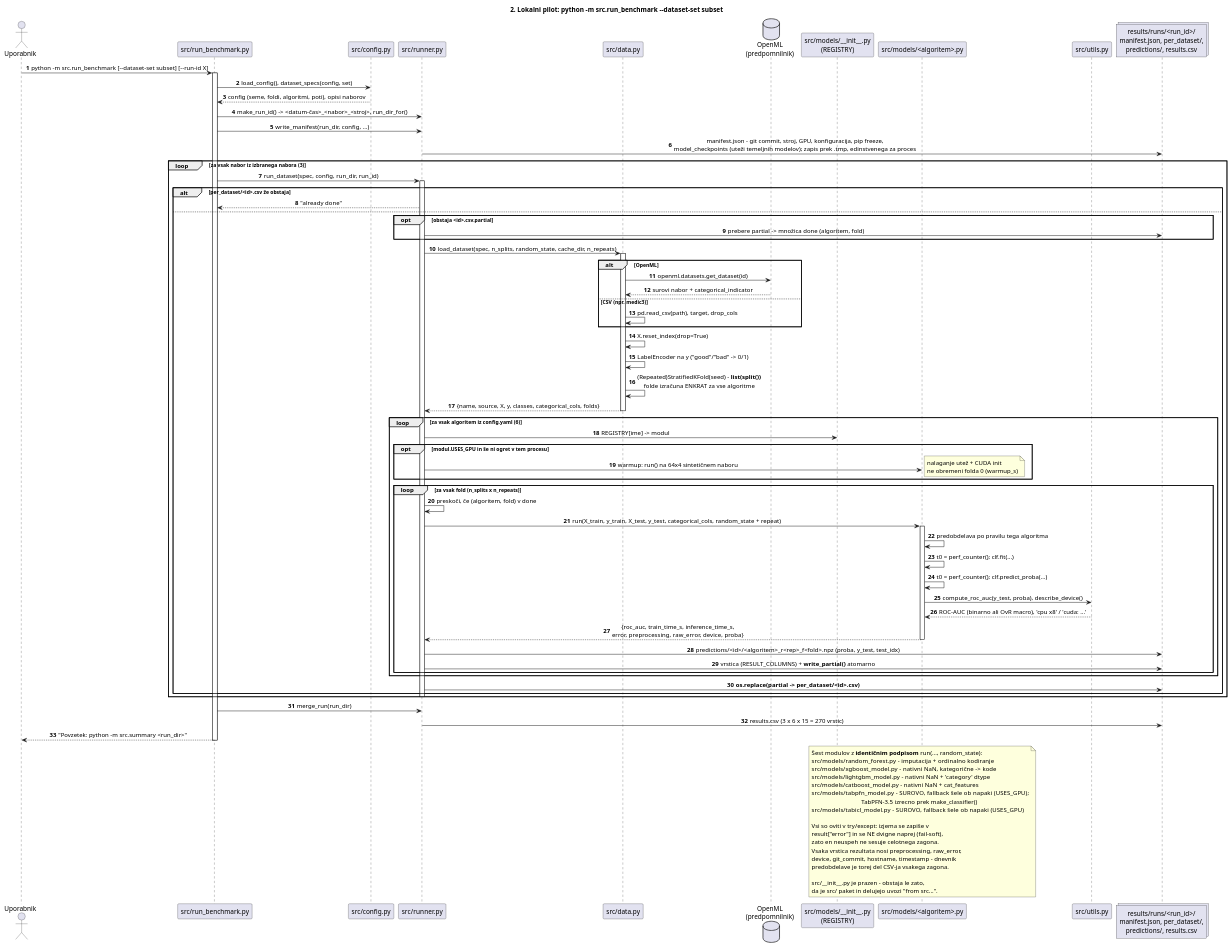
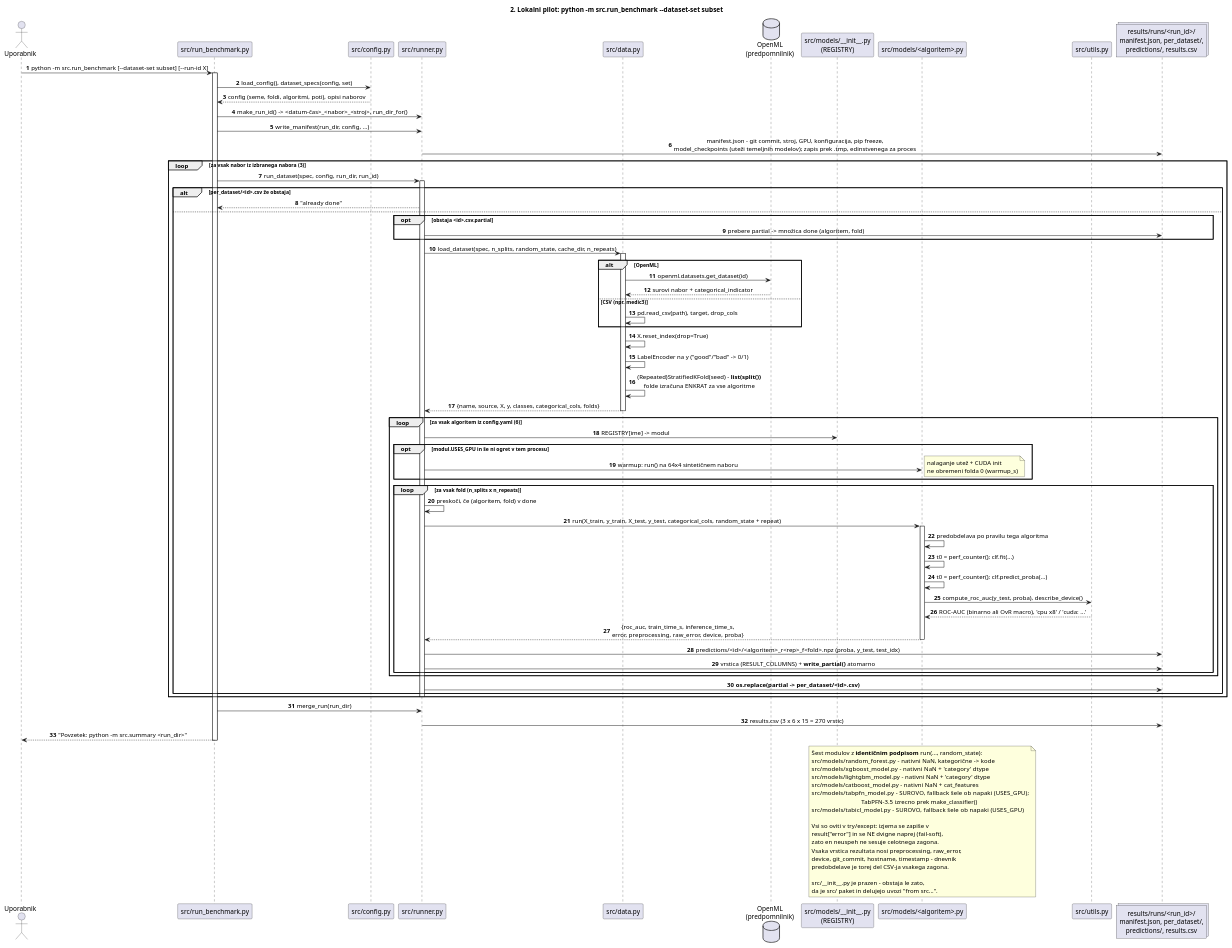
Before and after one commit to TilenZrnec/Diplomsko-delo_Koda: the second of 4 diagrams in razlaga_repozitorija/zaporedje.puml, drawn with PlantUML. The commit also changed other lines of this file and 9 other files, not shown here.

First line of the commit message:
Run XGBoost and RandomForest out of the box; add the defaults audit

```diff
--- a/razlaga_repozitorija/zaporedje.puml
+++ b/razlaga_repozitorija/zaporedje.puml
@@ -95,102 +95,102 @@
 @startuml 02_lokalni_pilot
 title 2. Lokalni pilot: python -m src.run_benchmark ~--dataset-set subset
 
 skinparam sequenceMessageAlign center
 autonumber
 
 actor "Uporabnik" as U
 participant "src/run_benchmark.py" as BENCH
 participant "src/config.py" as CFGPY
 participant "src/runner.py" as RUN
 participant "src/data.py" as DATA
 database "OpenML\n(predpomnilnik)" as OML
 participant "src/models/~__init~__.py\n(REGISTRY)" as REG
 participant "src/models/<algoritem>.py" as MODEL
 participant "src/utils.py" as UTILS
 collections "results/runs/<run_id>/\nmanifest.json, per_dataset/,\npredictions/, results.csv" as OUT
 
 U -> BENCH : python -m src.run_benchmark [~--dataset-set subset] [~--run-id X]
 activate BENCH
 
 BENCH -> CFGPY : load_config(), dataset_specs(config, set)
 CFGPY --> BENCH : config (seme, foldi, algoritmi, poti), opisi naborov
 BENCH -> RUN : make_run_id() -> <datum-čas>_<nabor>_<stroj>, run_dir_for()
 BENCH -> RUN : write_manifest(run_dir, config, ...)
 RUN -> OUT : manifest.json - git commit, stroj, GPU, konfiguracija, pip freeze,\nmodel_checkpoints (uteži temeljnih modelov); zapis prek .tmp, edinstvenega za proces
 
 loop za vsak nabor iz izbranega nabora (3)
     BENCH -> RUN : run_dataset(spec, config, run_dir, run_id)
     activate RUN
     alt per_dataset/<id>.csv že obstaja
         RUN --> BENCH : "already done"
     else
         opt obstaja <id>.csv.partial
             RUN -> OUT : prebere partial -> množica done (algoritem, fold)
         end
         RUN -> DATA : load_dataset(spec, n_splits, random_state, cache_dir, n_repeats)
         activate DATA
         alt OpenML
             DATA -> OML : openml.datasets.get_dataset(id)
             OML --> DATA : surovi nabor + categorical_indicator
         else CSV (npr. medic3)
             DATA -> DATA : pd.read_csv(path), target, drop_cols
         end
         DATA -> DATA : X.reset_index(drop=True)
         DATA -> DATA : LabelEncoder na y ("good"/"bad" -> 0/1)
         DATA -> DATA : (Repeated)StratifiedKFold(seed) - **list(split())**\nfolde izračuna ENKRAT za vse algoritme
         DATA --> RUN : {name, source, X, y, classes, categorical_cols, folds}
         deactivate DATA
 
         loop za vsak algoritem iz config.yaml (6)
             RUN -> REG : REGISTRY[ime] -> modul
             opt modul.USES_GPU in še ni ogret v tem procesu
                 RUN -> MODEL : warmup: run() na 64x4 sintetičnem naboru
                 note right: nalaganje utež + CUDA init\nne obremeni folda 0 (warmup_s)
             end
             loop za vsak fold (n_splits x n_repeats)
                 RUN -> RUN : preskoči, če (algoritem, fold) v done
                 RUN -> MODEL : run(X_train, y_train, X_test, y_test, categorical_cols, random_state + repeat)
                 activate MODEL
                 MODEL -> MODEL : predobdelava po pravilu tega algoritma
                 MODEL -> MODEL : t0 = perf_counter(); clf.fit(...)
                 MODEL -> MODEL : t0 = perf_counter(); clf.predict_proba(...)
                 MODEL -> UTILS : compute_roc_auc(y_test, proba), describe_device()
                 UTILS --> MODEL : ROC-AUC (binarno ali OvR macro), 'cpu x8' / 'cuda: ...'
                 MODEL --> RUN : {roc_auc, train_time_s, inference_time_s,\nerror, preprocessing, raw_error, device, proba}
                 deactivate MODEL
                 RUN -> OUT : predictions/<id>/<algoritem>_r<rep>_f<fold>.npz (proba, y_test, test_idx)
                 RUN -> OUT : vrstica (RESULT_COLUMNS) + **write_partial()** atomarno
             end
         end
         RUN -> OUT : **os.replace(partial -> per_dataset/<id>.csv)**
     end
     deactivate RUN
 end
 
 BENCH -> RUN : merge_run(run_dir)
 RUN -> OUT : results.csv (3 x 6 x 15 = 270 vrstic)
 BENCH --> U : "Povzetek: python -m src.summary <run_dir>"
 deactivate BENCH
 
 note over MODEL
   Šest modulov z **identičnim podpisom** run(..., random_state):
-  src/models/random_forest.py   - imputacija + ordinalno kodiranje
-  src/models/xgboost_model.py   - nativni NaN, kategorične -> kode
+  src/models/random_forest.py   - nativni NaN, kategorične -> kode
+  src/models/xgboost_model.py   - nativni NaN + 'category' dtype
   src/models/lightgbm_model.py  - nativni NaN + 'category' dtype
   src/models/catboost_model.py  - nativni NaN + cat_features
   src/models/tabpfn_model.py    - SUROVO, fallback šele ob napaki (USES_GPU);
                                   TabPFN-3.5 izrecno prek make_classifier()
   src/models/tabicl_model.py    - SUROVO, fallback šele ob napaki (USES_GPU)
 
   Vsi so oviti v try/except: izjema se zapiše v
   result["error"] in se NE dvigne naprej (fail-soft),
   zato en neuspeh ne sesuje celotnega zagona.
   Vsaka vrstica rezultata nosi preprocessing, raw_error,
   device, git_commit, hostname, timestamp - dnevnik
   predobdelave je torej del CSV-ja vsakega zagona.
 
   src/~__init~__.py je prazen - obstaja le zato,
   da je src/ paket in delujejo uvozi "from src...".
 end note
 
 @enduml
```
